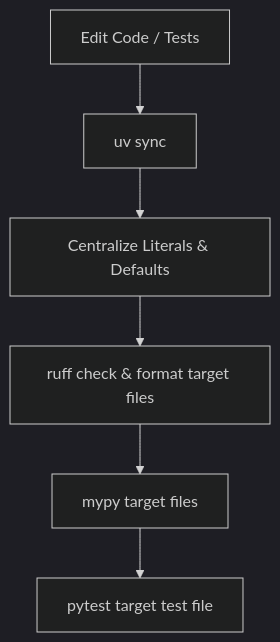
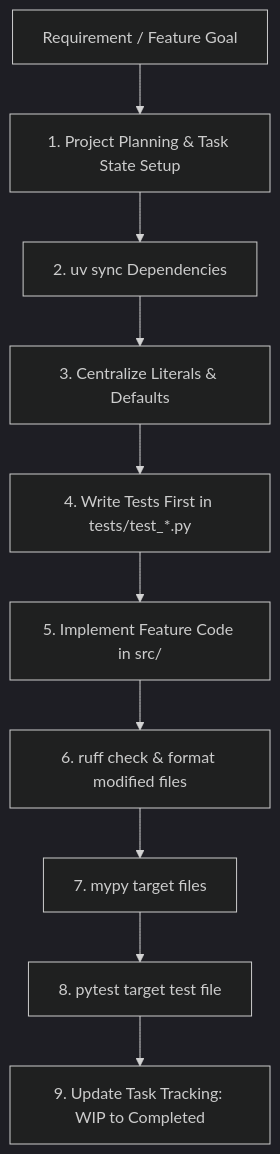
One commit to dan-petty/devops-cli changed the first of 3 diagrams in docs/ROUTINE_TASKS.md. Above: the diagram before and after it, drawn with Mermaid (dark theme). The commit also changed other lines of this file and 95 other files, not shown here.

````diff
--- a/docs/ROUTINE_TASKS.md
+++ b/docs/ROUTINE_TASKS.md
@@ -57,8 +57,12 @@
 ```mermaid
 flowchart TD
-    A[Edit Code / Tests] --> B[uv sync]
-    B --> C[Centralize Literals & Defaults]
-    C --> D[ruff check & format target files]
-    D --> E[mypy target files]
-    E --> F[pytest target test file]
+    A[Requirement / Feature Goal] --> B[1. Project Planning & Task State Setup]
+    B --> C[2. uv sync Dependencies]
+    C --> D[3. Centralize Literals & Defaults]
+    D --> E[4. Write Tests First in tests/test_*.py]
+    E --> F[5. Implement Feature Code in src/]
+    F --> G[6. ruff check & format modified files]
+    G --> H[7. mypy target files]
+    H --> I[8. pytest target test file]
+    I --> J[9. Update Task Tracking: WIP to Completed]
 ```
````
